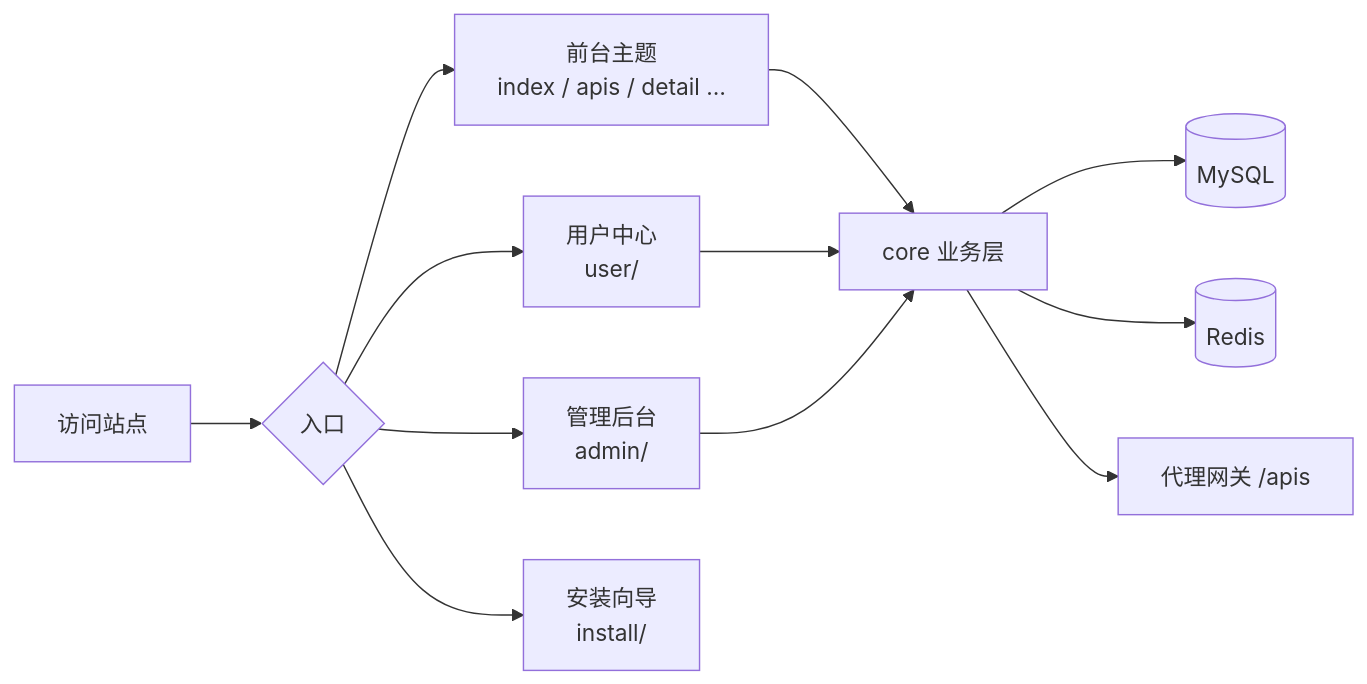
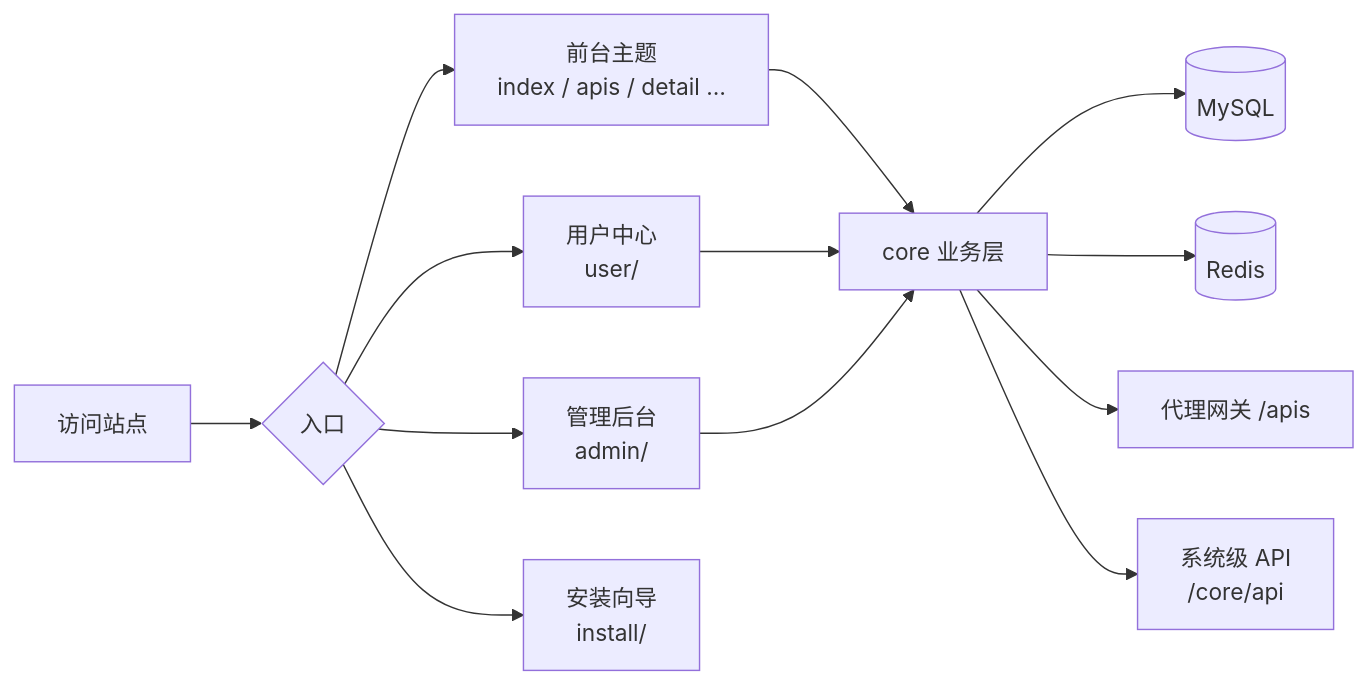
Before and after one commit to whr884657/apinexus: the diagram in README.md, drawn with Mermaid. The commit also changed other lines of this file and 2 other files, not shown here.

````diff
--- a/README.md
+++ b/README.md
@@ -77,14 +82,15 @@
 ```mermaid
 flowchart LR
   A[访问站点] --> B{入口}
   B --> C[前台主题<br/>index / apis / detail …]
   B --> D[用户中心<br/>user/]
   B --> E[管理后台<br/>admin/]
   B --> F[安装向导<br/>install/]
   C --> G[core 业务层]
   D --> G
   E --> G
   G --> H[(MySQL)]
   G --> I[(Redis)]
   G --> J[代理网关 /apis]
+  G --> K[系统级 API<br/>/core/api]
 ```
````
